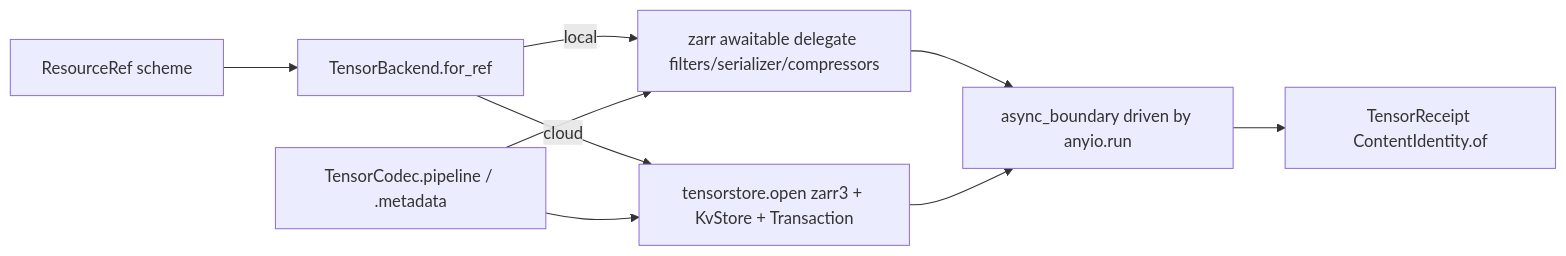
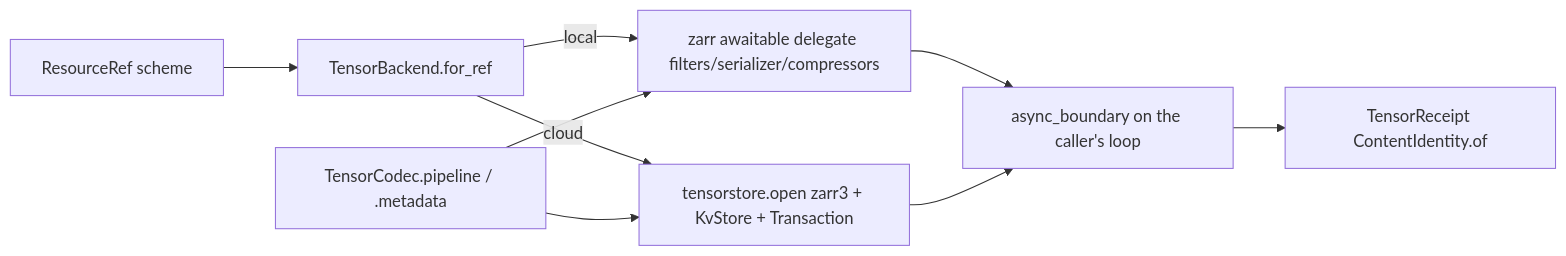
One commit to bsamiee/Rasm changed the first of 2 diagrams in libs/python/data/.planning/gridded/store.md. Above: the diagram before and after it, drawn with Mermaid. The commit also changed other lines of this file and 143 other files, not shown here.

````diff
--- a/libs/python/data/.planning/gridded/store.md
+++ b/libs/python/data/.planning/gridded/store.md
@@ -445,13 +445,13 @@
 ```mermaid
 flowchart LR
     accTitle: Tensor store engine flow
     accDescr: ResourceRef scheme recovery into the backend delegates, codec pipeline lowering, the async rail, and the content-keyed receipt.
     Ref["ResourceRef scheme"] --> Backend["TensorBackend.for_ref"]
     Backend -->|local| Zarr["zarr awaitable delegate filters/serializer/compressors"]
     Backend -->|cloud| TS["tensorstore.open zarr3 + KvStore + Transaction"]
     Codec["TensorCodec.pipeline / .metadata"] --> Zarr
     Codec --> TS
-    Zarr --> Rail["async_boundary driven by anyio.run"]
+    Zarr --> Rail["async_boundary on the caller's loop"]
     TS --> Rail
     Rail --> Receipt["TensorReceipt ContentIdentity.of"]
 ```
````
